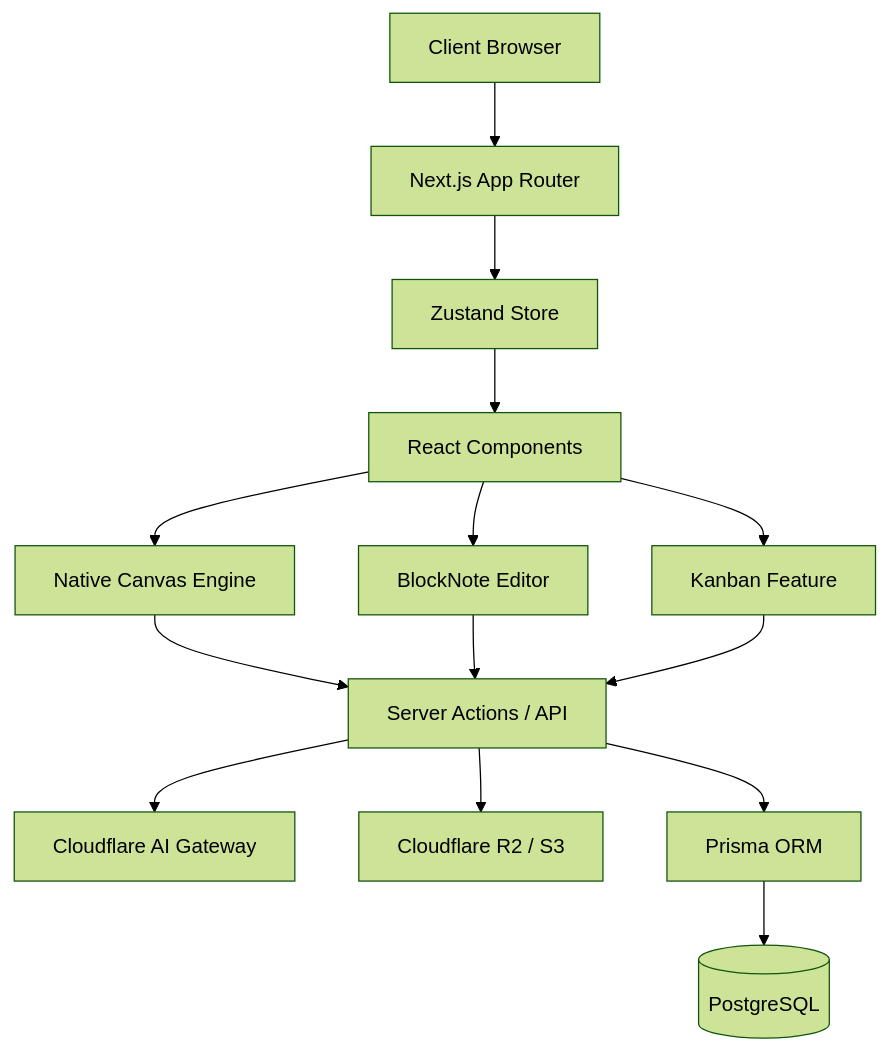
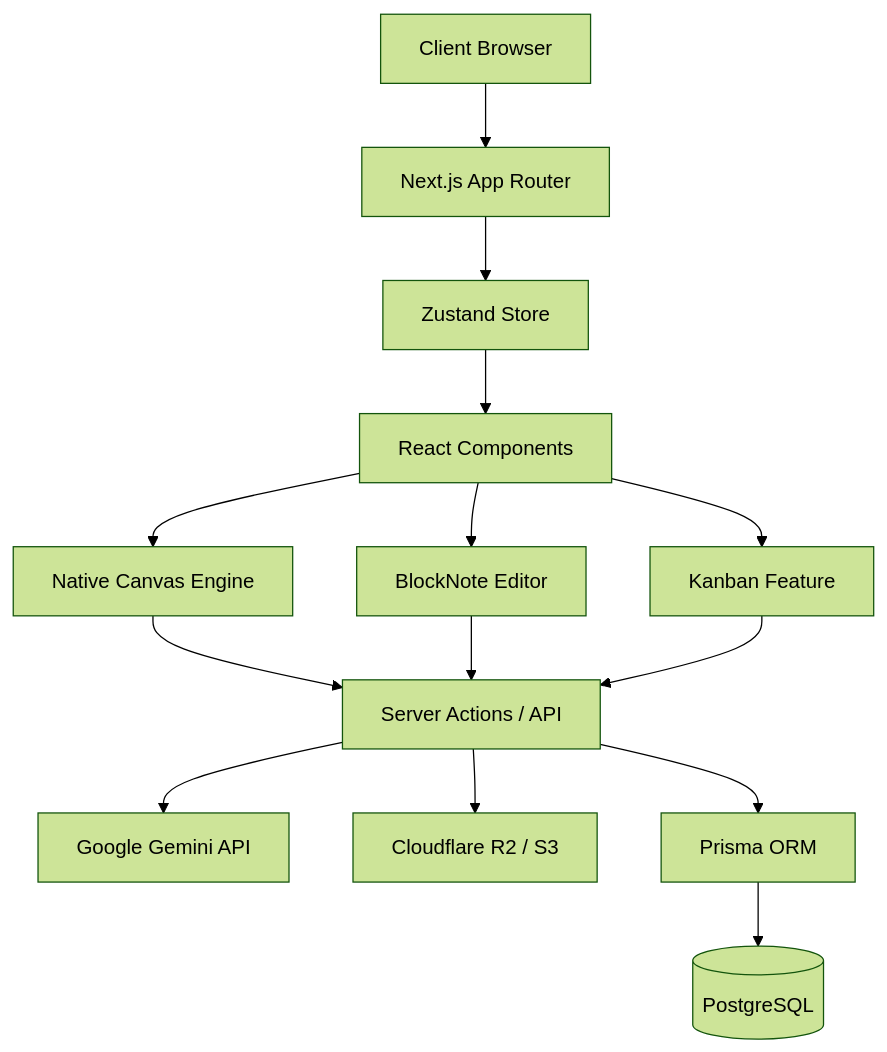
One commit to lwshakib/rethink-zone changed the diagram in README.md. Above: the diagram before and after it, drawn with Mermaid (forest theme). The commit also changed other lines of this file, not shown here.

Commit message:
docs: correctly update README to reflect google genai and new lib structure

````diff
--- a/README.md
+++ b/README.md
@@ -103,18 +103,18 @@
 ```mermaid
 flowchart TD
     User[Client Browser] --> NextApp[Next.js App Router]
     NextApp --> Zustand[Zustand Store]
     Zustand --> UI[React Components]
     UI --> Canvas[Native Canvas Engine]
     UI --> Editor[BlockNote Editor]
     UI --> Kanban[Kanban Feature]
 
     Canvas --> Actions[Server Actions / API]
     Editor --> Actions
     Kanban --> Actions
 
-    Actions --> AI[Cloudflare AI Gateway]
+    Actions --> AI[Google Gemini API]
     Actions --> S3[Cloudflare R2 / S3]
     Actions --> Prisma[Prisma ORM]
     Prisma --> DB[(PostgreSQL)]
 ```
````
